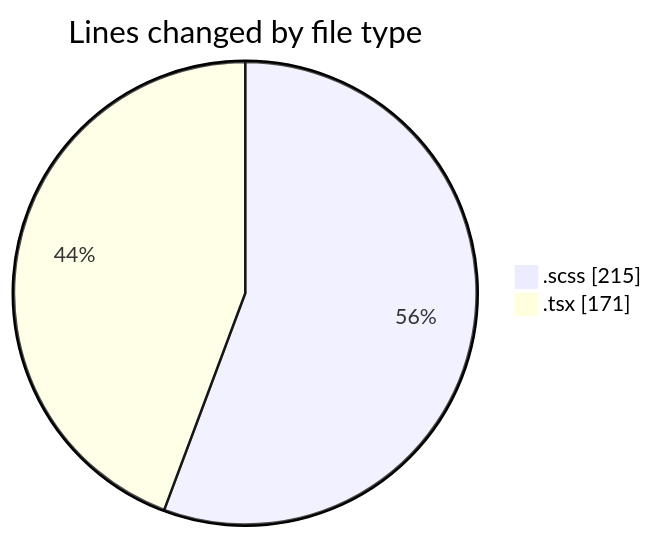
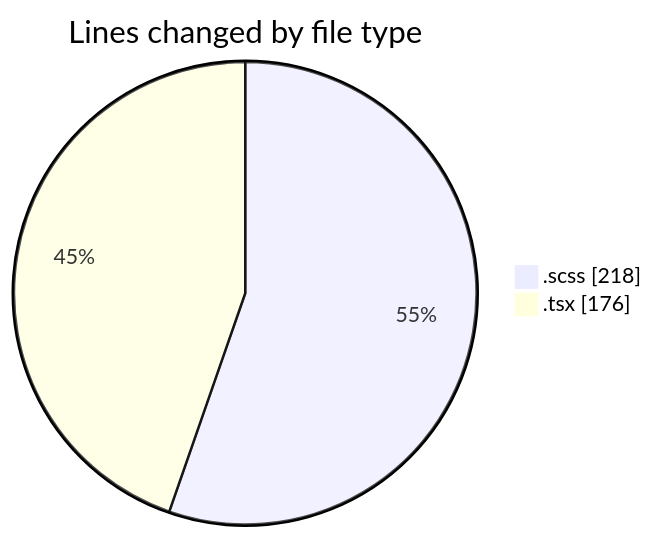
One commit to momahboobian/code-tracking changed the first of 2 diagrams in 2025-08-28/cda/README.md. Above: the diagram before and after it, drawn with Mermaid. The commit also changed other lines of this file and 1 other file, not shown here.

````diff
--- a/2025-08-28/cda/README.md
+++ b/2025-08-28/cda/README.md
@@ -21,6 +21,6 @@
 ```mermaid
 pie showData
 title Lines changed by file type
-".scss" : 215
-".tsx" : 171
+".scss" : 218
+".tsx" : 176
 ```
````
